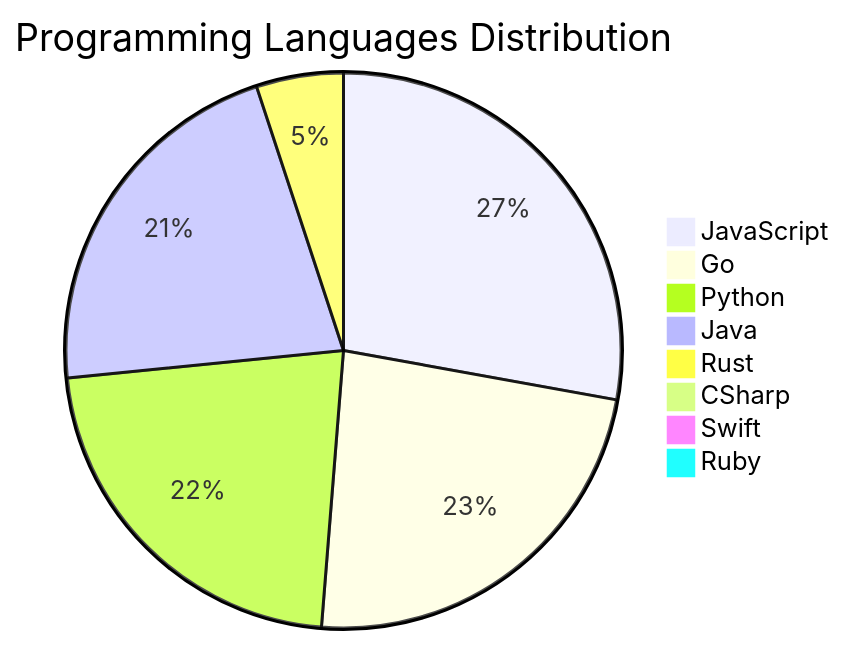
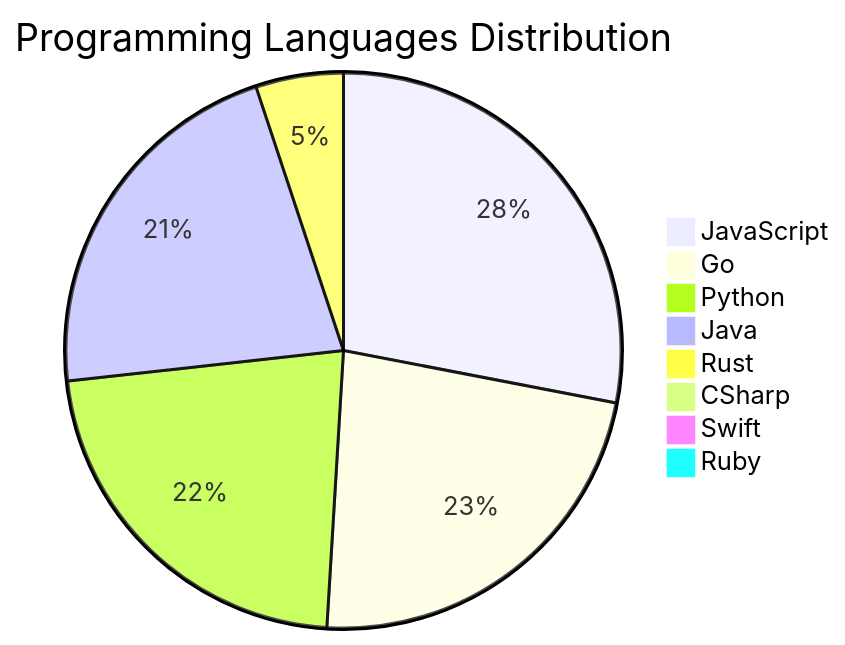
One commit to Derrick-MUGISHA/github-activity-bot changed the diagram in README.md. Above: the diagram before and after it, drawn with Mermaid. The commit also changed other lines of this file and 4 other files, not shown here.

````diff
--- a/README.md
+++ b/README.md
@@ -209,11 +209,11 @@
 ```mermaid
 pie title Programming Languages Distribution
     "JavaScript" : 44
-    "Go" : 37
+    "Go" : 36
     "Python" : 35
     "Java" : 34
     "Rust" : 8
     "CSharp" : 1
     "Swift" : 1
     "Ruby" : 1
 ```
````
